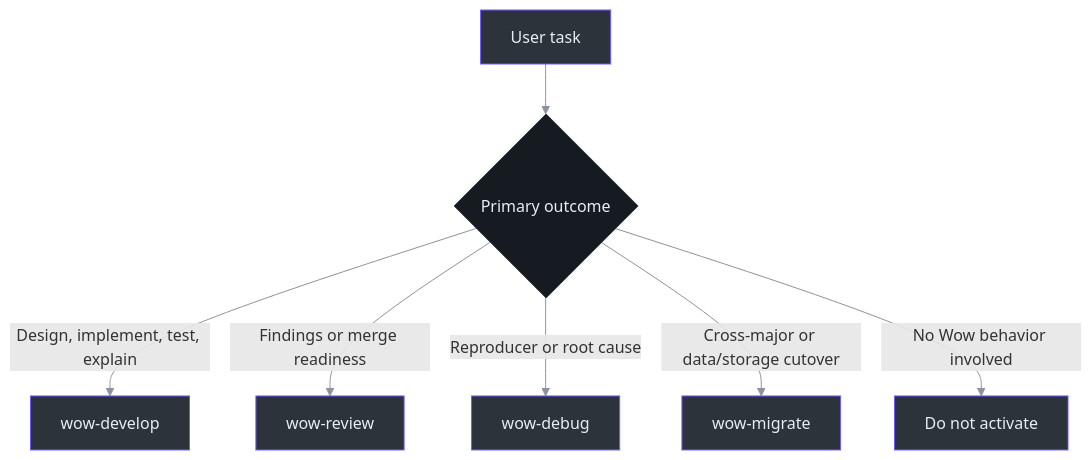
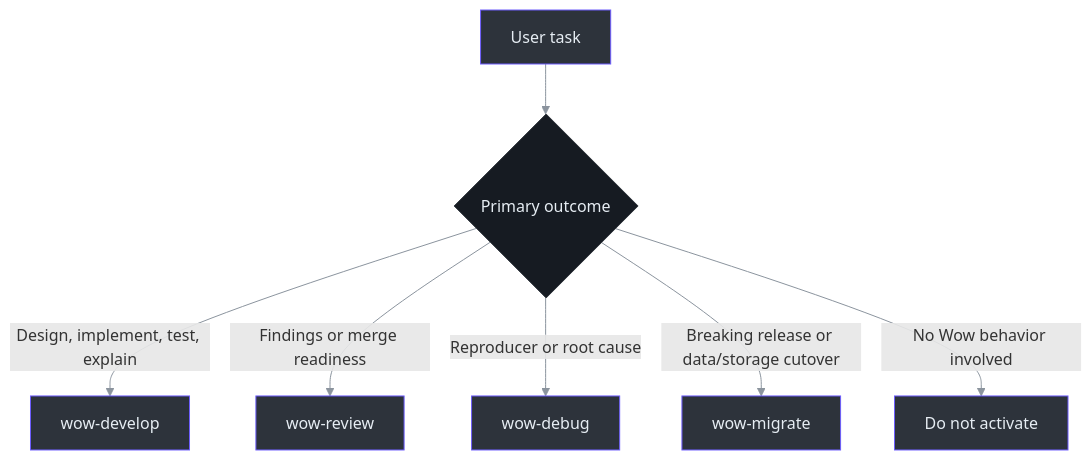
Before and after one commit to Ahoo-Wang/Wow: the first of 2 diagrams in documentation/docs/en/guide/skills.md, drawn with Mermaid. The commit also changed other lines of this file and 6 other files, not shown here.

````diff
--- a/documentation/docs/en/guide/skills.md
+++ b/documentation/docs/en/guide/skills.md
@@ -32,13 +32,13 @@
 ```mermaid
 flowchart TD
     Task["User task"] --> Intent{"Primary outcome"}
     Intent -->|Design, implement, test, explain| Develop["wow-develop"]
     Intent -->|Findings or merge readiness| Review["wow-review"]
     Intent -->|Reproducer or root cause| Debug["wow-debug"]
-    Intent -->|Cross-major or data/storage cutover| Migrate["wow-migrate"]
+    Intent -->|Breaking release or data/storage cutover| Migrate["wow-migrate"]
     Intent -->|No Wow behavior involved| None["Do not activate"]
 
     classDef default fill:#2d333b,stroke:#6d5dfc,color:#e6edf3
     style Intent fill:#161b22,stroke:#30363d,color:#e6edf3
     linkStyle default stroke:#8b949e
 ```
````
